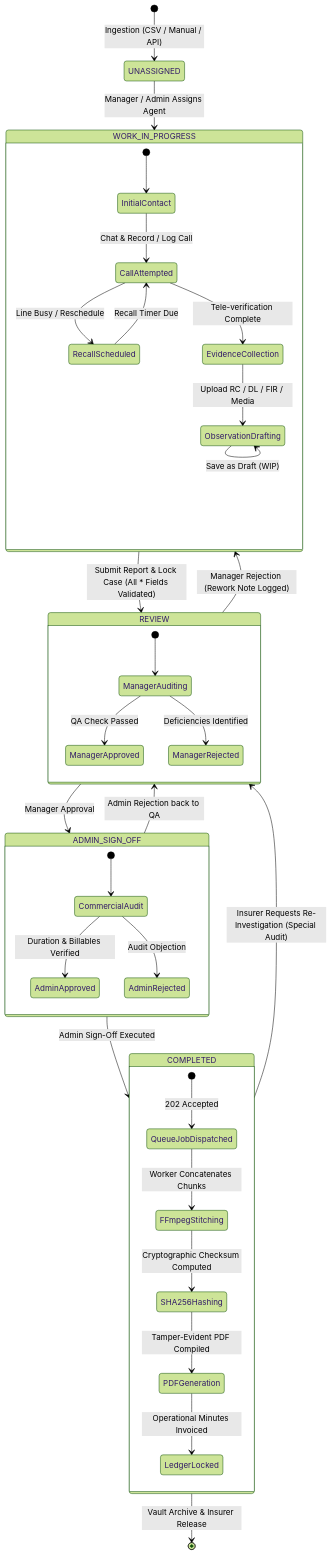
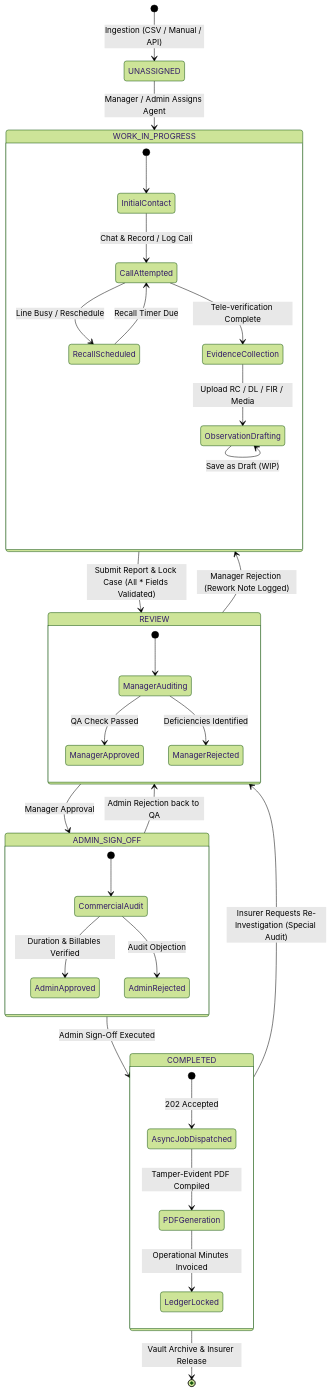
The diagram in obs/03_End_to_End_State_Machine_and_Workflows.md (RajThak-998/claimverificationdossierintelligencesystem), drawn with Mermaid (forest theme) before and after one commit. The commit also changed other lines of this file and 10 other files, not shown here.

````diff
--- a/obs/03_End_to_End_State_Machine_and_Workflows.md
+++ b/obs/03_End_to_End_State_Machine_and_Workflows.md
@@ -18,47 +18,45 @@
 ```mermaid
 stateDiagram-v2
     [*] --> UNASSIGNED : Ingestion (CSV / Manual / API)
     
     UNASSIGNED --> WORK_IN_PROGRESS : Manager / Admin Assigns Agent
     
     state WORK_IN_PROGRESS {
         [*] --> InitialContact
         InitialContact --> CallAttempted : Chat & Record / Log Call
         CallAttempted --> RecallScheduled : Line Busy / Reschedule
         RecallScheduled --> CallAttempted : Recall Timer Due
         CallAttempted --> EvidenceCollection : Tele-verification Complete
         EvidenceCollection --> ObservationDrafting : Upload RC / DL / FIR / Media
         ObservationDrafting --> ObservationDrafting : Save as Draft (WIP)
     }
 
     WORK_IN_PROGRESS --> REVIEW : Submit Report & Lock Case (All * Fields Validated)
     
     state REVIEW {
         [*] --> ManagerAuditing
         ManagerAuditing --> ManagerApproved : QA Check Passed
         ManagerAuditing --> ManagerRejected : Deficiencies Identified
     }
 
     REVIEW --> WORK_IN_PROGRESS : Manager Rejection (Rework Note Logged)
     REVIEW --> ADMIN_SIGN_OFF : Manager Approval
 
     state ADMIN_SIGN_OFF {
         [*] --> CommercialAudit
         CommercialAudit --> AdminApproved : Duration & Billables Verified
         CommercialAudit --> AdminRejected : Audit Objection
     }
 
     ADMIN_SIGN_OFF --> REVIEW : Admin Rejection back to QA
     ADMIN_SIGN_OFF --> COMPLETED : Admin Sign-Off Executed
 
     state COMPLETED {
-        [*] --> QueueJobDispatched : 202 Accepted
-        QueueJobDispatched --> FFmpegStitching : Worker Concatenates Chunks
-        FFmpegStitching --> SHA256Hashing : Cryptographic Checksum Computed
-        SHA256Hashing --> PDFGeneration : Tamper-Evident PDF Compiled
+        [*] --> AsyncJobDispatched : 202 Accepted
+        AsyncJobDispatched --> PDFGeneration : Tamper-Evident PDF Compiled
         PDFGeneration --> LedgerLocked : Operational Minutes Invoiced
     }
 
     COMPLETED --> [*] : Vault Archive & Insurer Release
     COMPLETED --> REVIEW : Insurer Requests Re-Investigation (Special Audit)
 ```
````
